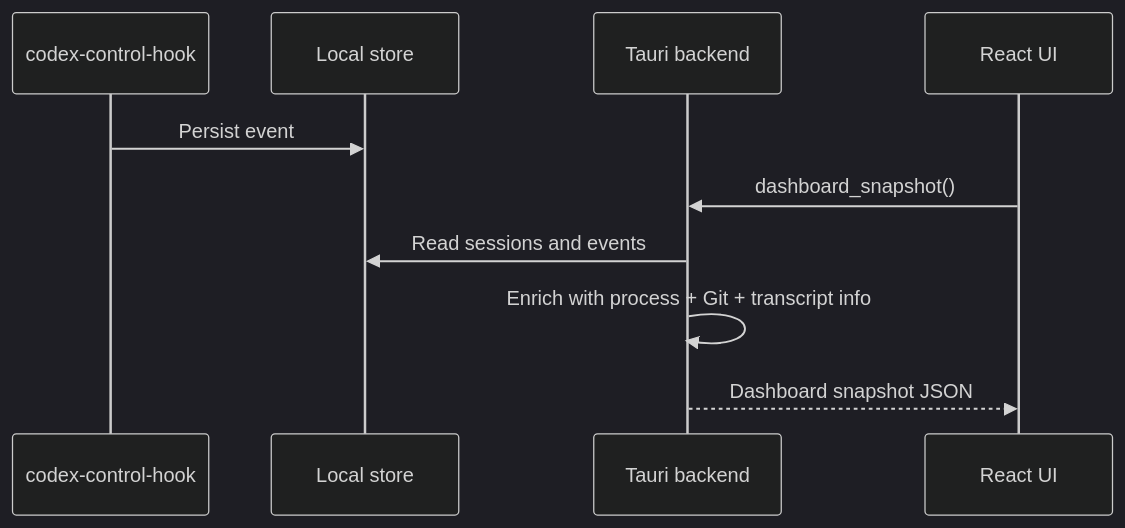
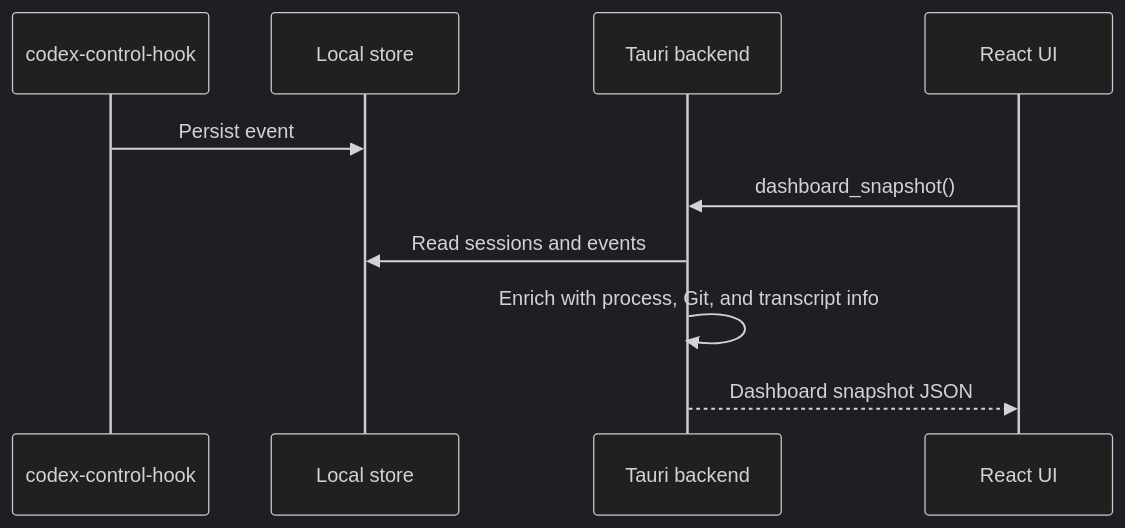
The second of 2 diagrams in docs/architecture.md (albertbac/codex-control), drawn with Mermaid (dark theme) before and after one commit. The commit also changed other lines of this file and 9 other files, not shown here.

````diff
--- a/docs/architecture.md
+++ b/docs/architecture.md
@@ -53,12 +55,12 @@
 ```mermaid
 sequenceDiagram
   participant Hook as codex-control-hook
   participant Store as Local store
   participant Desktop as Tauri backend
   participant UI as React UI
   Hook->>Store: Persist event
   UI->>Desktop: dashboard_snapshot()
   Desktop->>Store: Read sessions and events
-  Desktop->>Desktop: Enrich with process + Git + transcript info
+  Desktop->>Desktop: Enrich with process, Git, and transcript info
   Desktop-->>UI: Dashboard snapshot JSON
 ```
````
